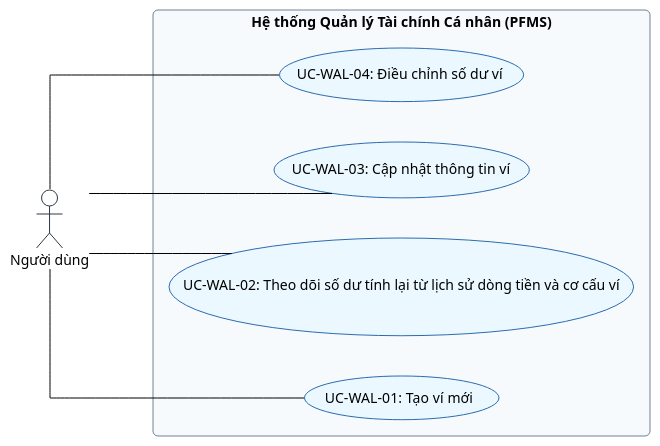
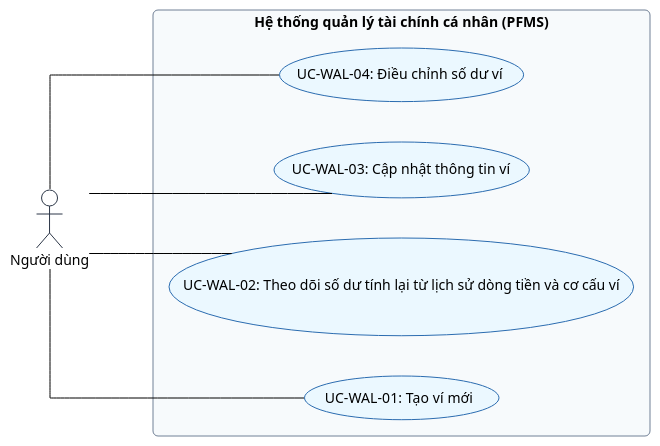
One commit to mynhleeh/pfms-oop changed the second of 7 diagrams in docs/software-requirement-specification/08-so-do-ca-su-dung-he-thong.md. Above: the diagram before and after it, drawn with PlantUML. The commit also changed other lines of this file and 9 other files, not shown here.

````diff
--- a/docs/software-requirement-specification/08-so-do-ca-su-dung-he-thong.md
+++ b/docs/software-requirement-specification/08-so-do-ca-su-dung-he-thong.md
@@ -78,31 +78,31 @@
 ```plantuml
 @startuml
 !theme plain
 skinparam shadowing false
 skinparam roundCorner 10
 skinparam defaultFontName "Segoe UI"
 skinparam linetype ortho
 skinparam nodesep 40
 skinparam ranksep 80
 skinparam actorBorderColor #2D3748
 skinparam usecaseBorderColor #2B6CB0
 skinparam usecaseBackgroundColor #EBF8FF
 skinparam rectangleBorderColor #718096
 skinparam rectangleBackgroundColor #F7FAFC
 left to right direction
 
 actor "Người dùng" as Owner
 
-rectangle "Hệ thống Quản lý Tài chính Cá nhân (PFMS)" {
-    usecase "UC-WAL-04: Điều chỉnh số dư ví" as UC_WAL_04
-    usecase "UC-WAL-03: Cập nhật thông tin ví" as UC_WAL_03
-    usecase "UC-WAL-02: Theo dõi số dư tính lại từ lịch sử dòng tiền và cơ cấu ví" as UC_WAL_02
-    usecase "UC-WAL-01: Tạo ví mới" as UC_WAL_01
+rectangle "Hệ thống quản lý tài chính cá nhân (PFMS)" {
+usecase "UC-WAL-04: Điều chỉnh số dư ví" as UC_WAL_04
+usecase "UC-WAL-03: Cập nhật thông tin ví" as UC_WAL_03
+usecase "UC-WAL-02: Theo dõi số dư tính lại từ lịch sử dòng tiền và cơ cấu ví" as UC_WAL_02
+usecase "UC-WAL-01: Tạo ví mới" as UC_WAL_01
 }
 
 Owner -- UC_WAL_01
 Owner -- UC_WAL_02
 Owner -- UC_WAL_03
 Owner -- UC_WAL_04
 @enduml
 ```
````
